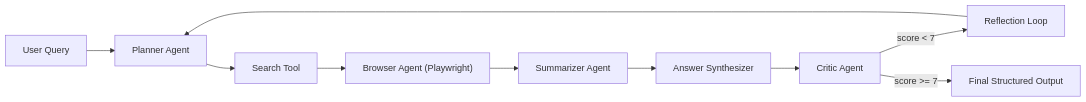
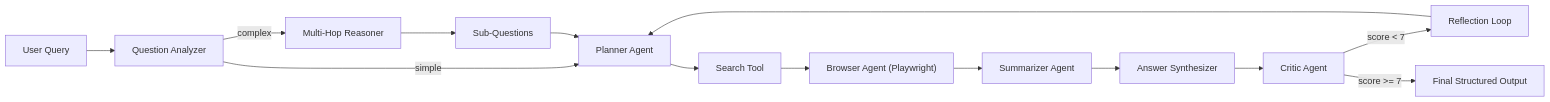
Before and after one commit to rithika-lakshminarayanan/multi-agent-web-researcher: the diagram in README.md, drawn with Mermaid. The commit also changed other lines of this file and 6 other files, not shown here.

Commit message:
Added vector memory and multi-hop reasoning

````diff
--- a/README.md
+++ b/README.md
@@ -11,12 +13,16 @@
 ```mermaid
 flowchart LR
-    U["User Query"] --> P["Planner Agent"]
+    U["User Query"] --> QA["Question Analyzer"]
+    QA -->|simple| P["Planner Agent"]
+    QA -->|complex| MH["Multi-Hop Reasoner"]
+    MH --> SQ["Sub-Questions"]
+    SQ --> P
     P --> S["Search Tool"]
     S --> B["Browser Agent (Playwright)"]
     B --> M["Summarizer Agent"]
     M --> A["Answer Synthesizer"]
     A --> C["Critic Agent"]
     C -->|"score < 7"| R["Reflection Loop"]
     R --> P
     C -->|"score >= 7"| O["Final Structured Output"]
 ```
````
